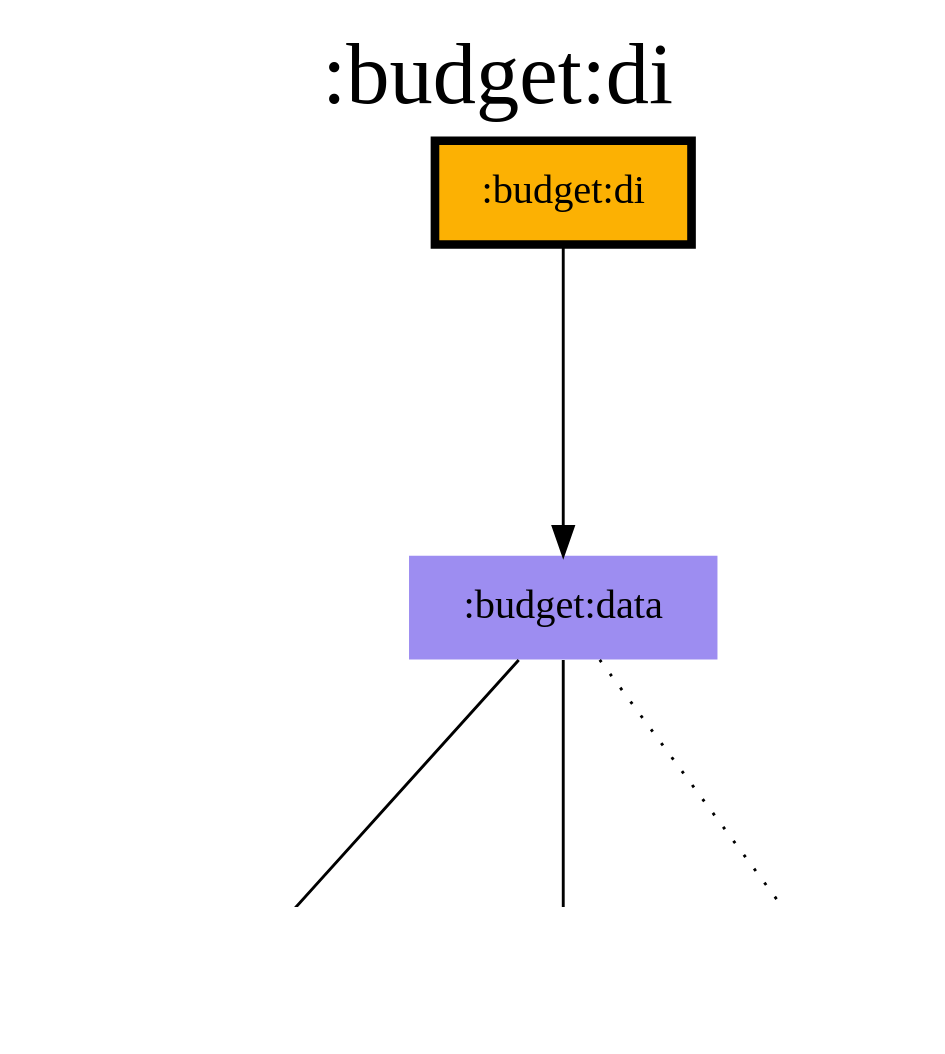
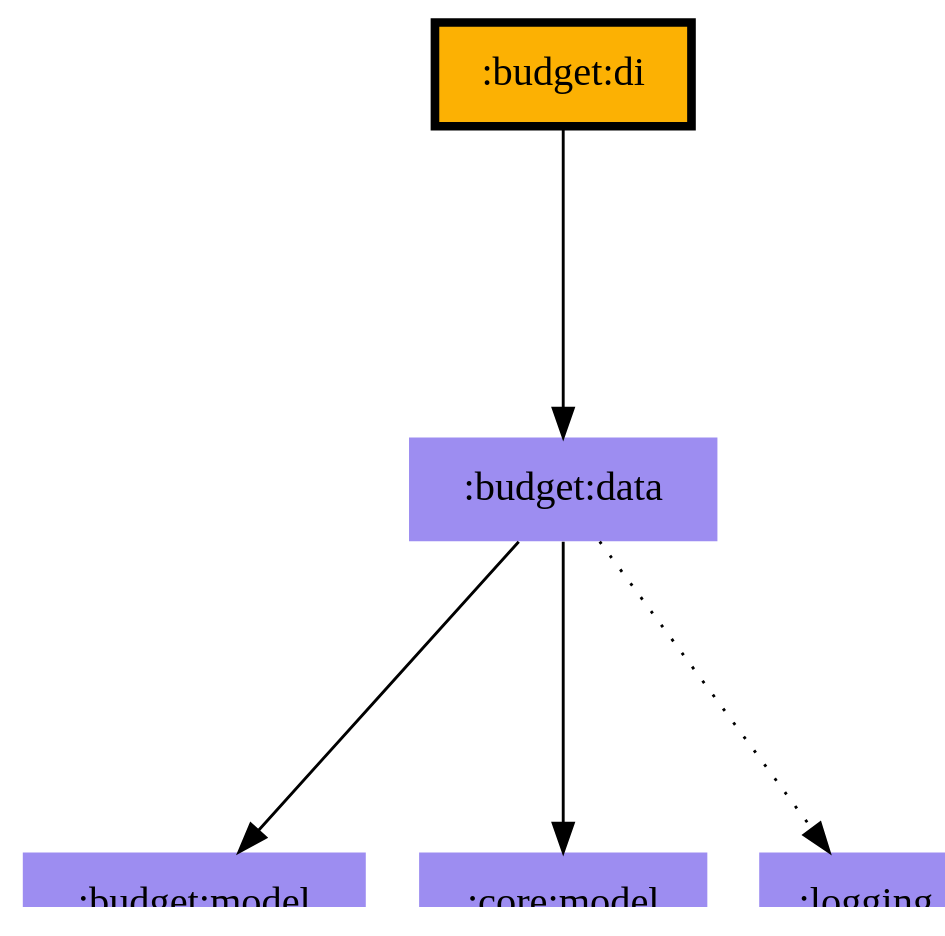
Before and after one commit to jonapoul/aktual: the diagram in modules/budget/di/modules.dot, drawn with Graphviz. The commit also changed 87 other files, not shown here.

Commit message:
Remove graphviz

```diff
--- a/modules/budget/di/modules.dot
+++ b/modules/budget/di/modules.dot
@@ -1,19 +1,14 @@
 digraph {
 edge ["dir"="forward"]
-graph ["dpi"="100","label"=":budget:di","labelloc"="t","fontsize"="30","ranksep"="1.5","rankdir"="TB"]
+graph ["dpi"="100","fontsize"="30","ranksep"="1.5","rankdir"="TB"]
 node ["style"="filled"]
 ":budget:data" ["fillcolor"="#9D8DF1","shape"="none"]
 ":budget:di" ["fillcolor"="#FCB103","color"="black","penwidth"="3","shape"="box"]
 ":budget:model" ["fillcolor"="#9D8DF1","shape"="none"]
 ":core:model" ["fillcolor"="#9D8DF1","shape"="none"]
 ":logging" ["fillcolor"="#9D8DF1","shape"="none"]
-{
-edge ["dir"="none"]
-graph ["rank"="same"]
-":budget:di"
-}
 ":budget:data" -> ":budget:model"
 ":budget:data" -> ":core:model"
 ":budget:data" -> ":logging" ["style"="dotted"]
 ":budget:di" -> ":budget:data"
 }
```
